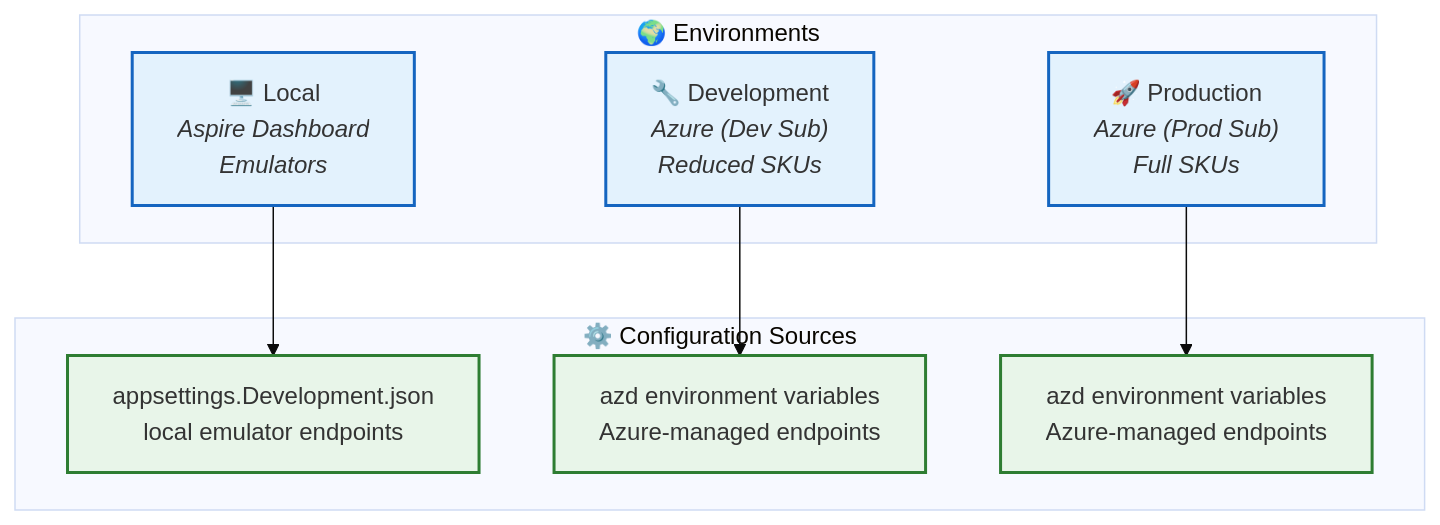
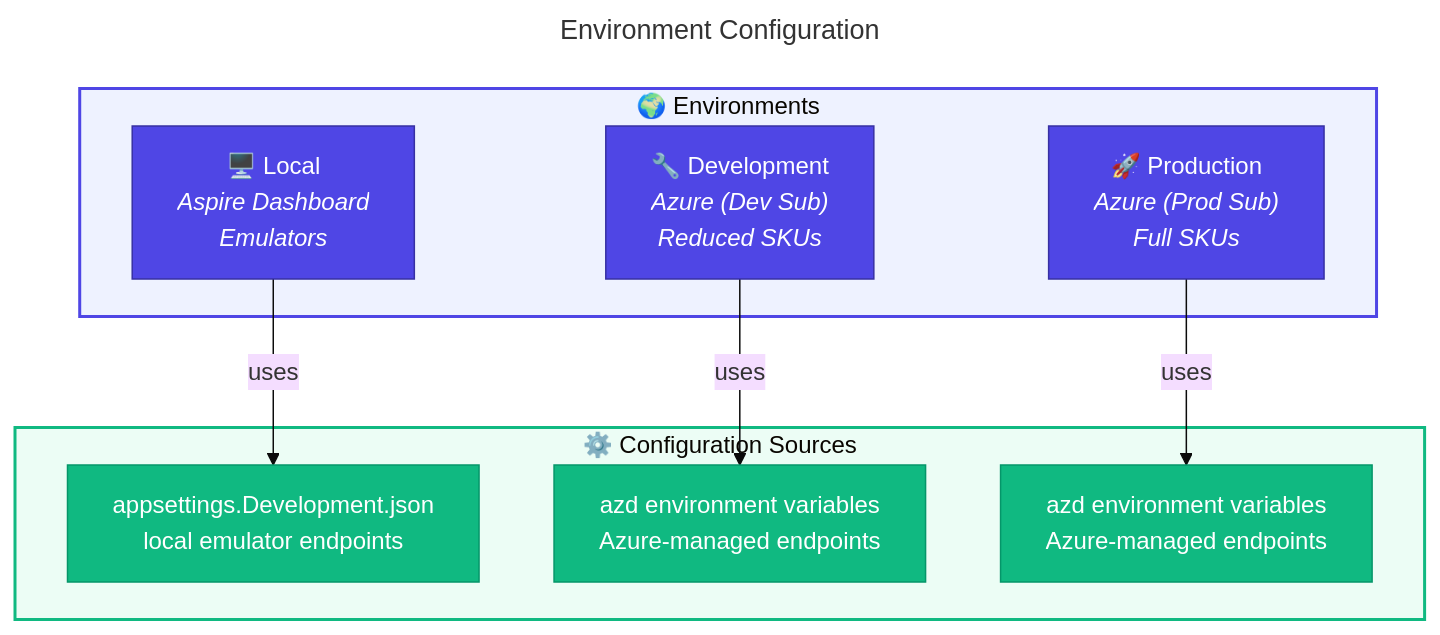
One commit to Evilazaro/Azure-LogicApps-Monitoring changed the first of 5 diagrams in docs/architecture/07-deployment-architecture.md. Above: the diagram before and after it, drawn with Mermaid (base theme). The commit also changed other lines of this file, not shown here.

Commit message:
feat: Revise deployment architecture diagrams with enhanced environment configurations, connections, and visual styles

````diff
--- a/docs/architecture/07-deployment-architecture.md
+++ b/docs/architecture/07-deployment-architecture.md
@@ -31,24 +31,36 @@
 ```mermaid
+---
+title: Environment Configuration
+---
 flowchart TB
+    %% ===== ENVIRONMENTS =====
     subgraph Environments["🌍 Environments"]
         Local["🖥️ Local<br/><i>Aspire Dashboard</i><br/><i>Emulators</i>"]
         Dev["🔧 Development<br/><i>Azure (Dev Sub)</i><br/><i>Reduced SKUs</i>"]
         Prod["🚀 Production<br/><i>Azure (Prod Sub)</i><br/><i>Full SKUs</i>"]
     end
 
+    %% ===== CONFIGURATION SOURCES =====
     subgraph Config["⚙️ Configuration Sources"]
         LocalCfg["appsettings.Development.json<br/>local emulator endpoints"]
         DevCfg["azd environment variables<br/>Azure-managed endpoints"]
         ProdCfg["azd environment variables<br/>Azure-managed endpoints"]
     end
 
-    Local --> LocalCfg
-    Dev --> DevCfg
-    Prod --> ProdCfg
+    %% ===== CONNECTIONS =====
+    Local -->|"uses"| LocalCfg
+    Dev -->|"uses"| DevCfg
+    Prod -->|"uses"| ProdCfg
 
-    classDef env fill:#e3f2fd,stroke:#1565c0,stroke-width:2px
-    classDef config fill:#e8f5e9,stroke:#2e7d32,stroke-width:2px
+    %% ===== STYLES - NODE CLASSES =====
+    classDef primary fill:#4F46E5,stroke:#3730A3,color:#FFFFFF
+    classDef secondary fill:#10B981,stroke:#059669,color:#FFFFFF
 
-    class Local,Dev,Prod env
-    class LocalCfg,DevCfg,ProdCfg config
+    %% ===== CLASS ASSIGNMENTS =====
+    class Local,Dev,Prod primary
+    class LocalCfg,DevCfg,ProdCfg secondary
+
+    %% ===== SUBGRAPH STYLES =====
+    style Environments fill:#EEF2FF,stroke:#4F46E5,stroke-width:2px
+    style Config fill:#ECFDF5,stroke:#10B981,stroke-width:2px
 ```
````
